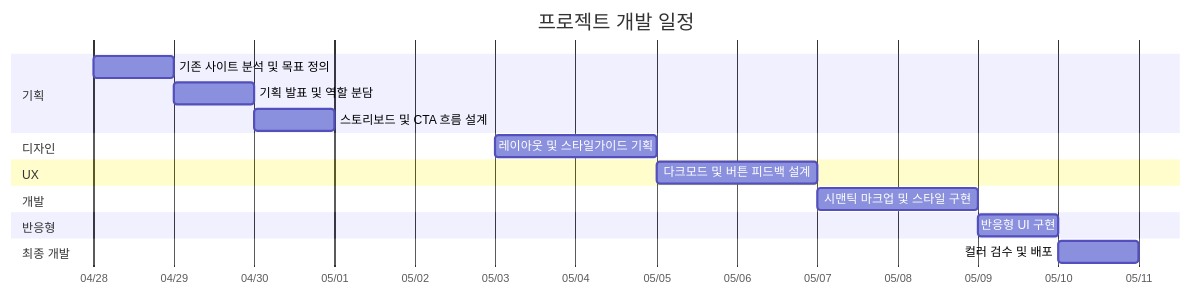
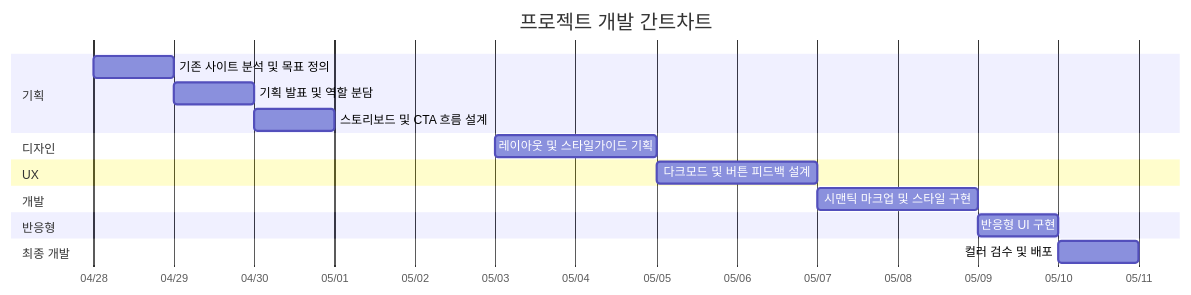
Before and after one commit to JoYoungBin00/acme_202604: the diagram in README.md, drawn with Mermaid.

Commit message:
feat: 수정

````diff
--- a/README.md
+++ b/README.md
@@ -73,26 +73,26 @@
 ```mermaid
 gantt
-    title 프로젝트 개발 일정
+    title 프로젝트 개발 간트차트
     dateFormat YYYY-MM-DD
     axisFormat %m/%d
 
     section 기획
-    기존 사이트 분석 및 목표 정의     :a1, 2026-04-28, 1d
-    기획 발표 및 역할 분담           :a2, 2026-04-29, 1d
-    스토리보드 및 CTA 흐름 설계      :a3, 2026-04-30, 1d
+    기존 사이트 분석 및 목표 정의        :a1, 2026-04-28, 1d
+    기획 발표 및 역할 분담              :a2, 2026-04-29, 1d
+    스토리보드 및 CTA 흐름 설계         :a3, 2026-04-30, 1d
 
     section 디자인
-    레이아웃 및 스타일가이드 기획    :b1, 2026-05-03, 2d
+    레이아웃 및 스타일가이드 기획       :b1, 2026-05-03, 2d
 
     section UX
-    다크모드 및 버튼 피드백 설계     :c1, 2026-05-05, 2d
+    다크모드 및 버튼 피드백 설계        :c1, 2026-05-05, 2d
 
     section 개발
-    시맨틱 마크업 및 스타일 구현     :d1, 2026-05-07, 2d
+    시맨틱 마크업 및 스타일 구현        :d1, 2026-05-07, 2d
 
     section 반응형
-    반응형 UI 구현                  :e1, 2026-05-09, 1d
+    반응형 UI 구현                      :e1, 2026-05-09, 1d
 
     section 최종 개발
-    컬러 검수 및 배포               :f1, 2026-05-10, 1d
+    컬러 검수 및 배포                  :f1, 2026-05-10, 1d
 ```
````
